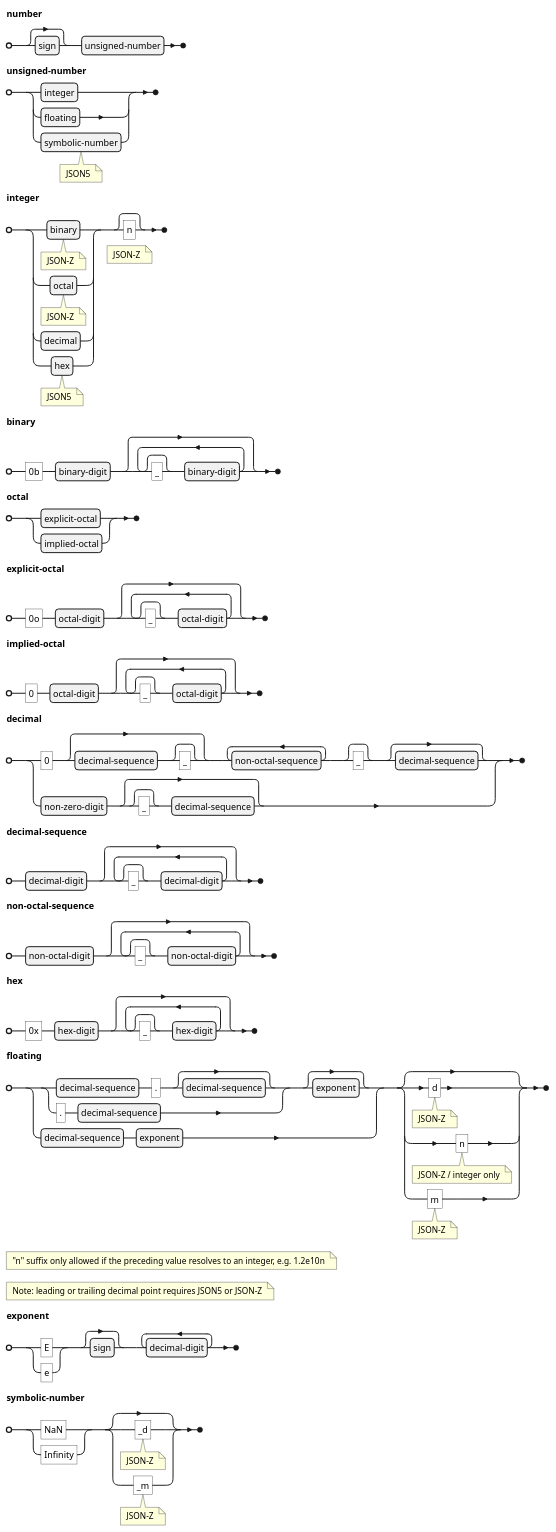
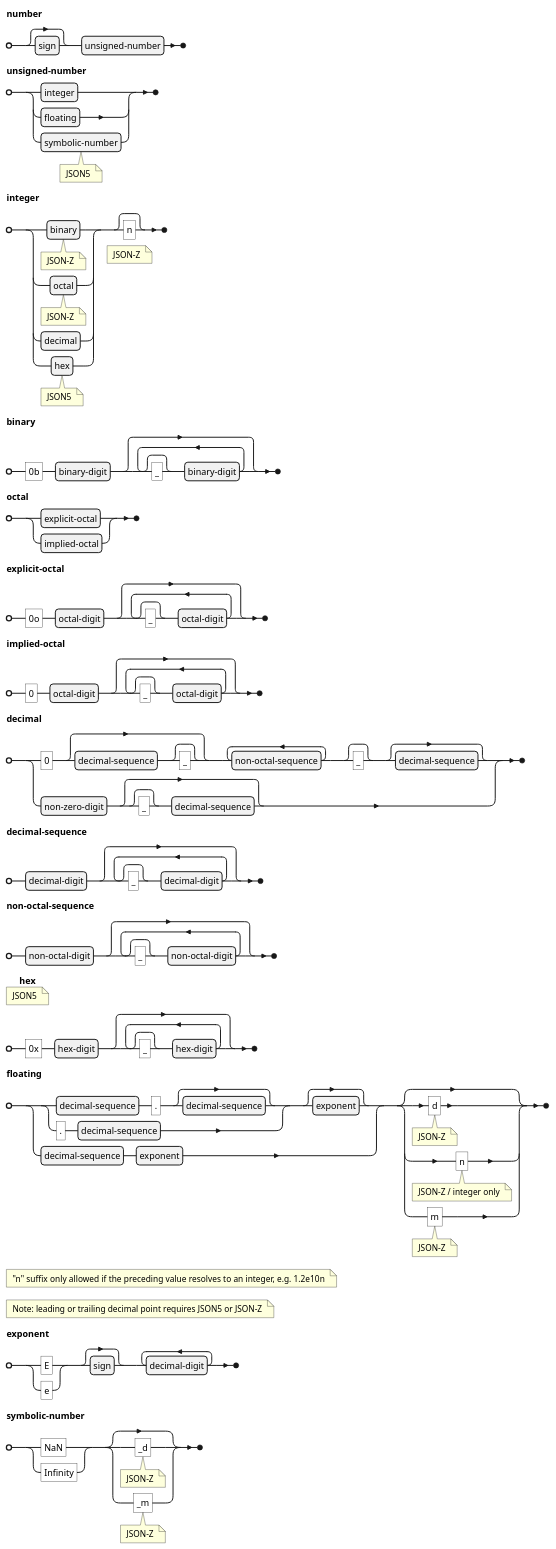
One commit to kshetline/json-z changed the third of 7 diagrams in GRAMMAR.md. Above: the diagram before and after it, drawn with PlantUML. The commit also changed other lines of this file and 22 other files, not shown here.

````diff
--- a/GRAMMAR.md
+++ b/GRAMMAR.md
@@ -93,37 +93,37 @@
 ```plantuml
 @startebnf
 
 number = [sign], unsigned-number ;
 
 unsigned-number = integer | floating | symbolic-number (* JSON5 *) ;
 
 integer = ( binary (* JSON-Z *) | octal (* JSON-Z *) | decimal | hex (* JSON5 *) ), [ "n" ] (* JSON-Z *) ;
 
 binary = "0b", binary-digit, { [ "_" ], binary-digit } ;
 
 octal = explicit-octal | implied-octal ;
 
 explicit-octal = "0o", octal-digit, { [ "_" ], octal-digit } ;
 
 implied-octal = "0", octal-digit, { [ "_" ], octal-digit } ;
 
 decimal = "0", [ decimal-sequence, [ "_" ] ], { non-octal-sequence }-, [ "_" ], [ decimal-sequence ] | non-zero-digit, [ [ "_" ], decimal-sequence ] ;
 
 decimal-sequence = decimal-digit, { [ "_" ], decimal-digit } ;
 
 non-octal-sequence = non-octal-digit, { [ "_" ], non-octal-digit } ;
 
-hex = "0x", hex-digit, { [ "_" ], hex-digit } ;
+hex (* JSON5 *) = "0x", hex-digit, { [ "_" ], hex-digit } ;
 
 floating = ( ( ( decimal-sequence, ".", [ decimal-sequence ] | ".", decimal-sequence ), [ exponent ] ) | decimal-sequence, exponent ), [ "d" (* JSON-Z *) | "n" (* JSON-Z / integer only *) | "m" (* JSON-Z *) ] ;
 
 (* "n" suffix only allowed if the preceding value resolves to an integer, e.g. 1.2e10n *)
 
 (* Note: leading or trailing decimal point requires JSON5 or JSON-Z *)
 
 exponent = ("E" | 'e'), [ sign ], { decimal-digit }- ;
 
 symbolic-number = ("NaN" | "Infinity"), [ "_d" (* JSON-Z *) | "_m" (* JSON-Z *) ] ;
 
 @endebnf
 ```
````
